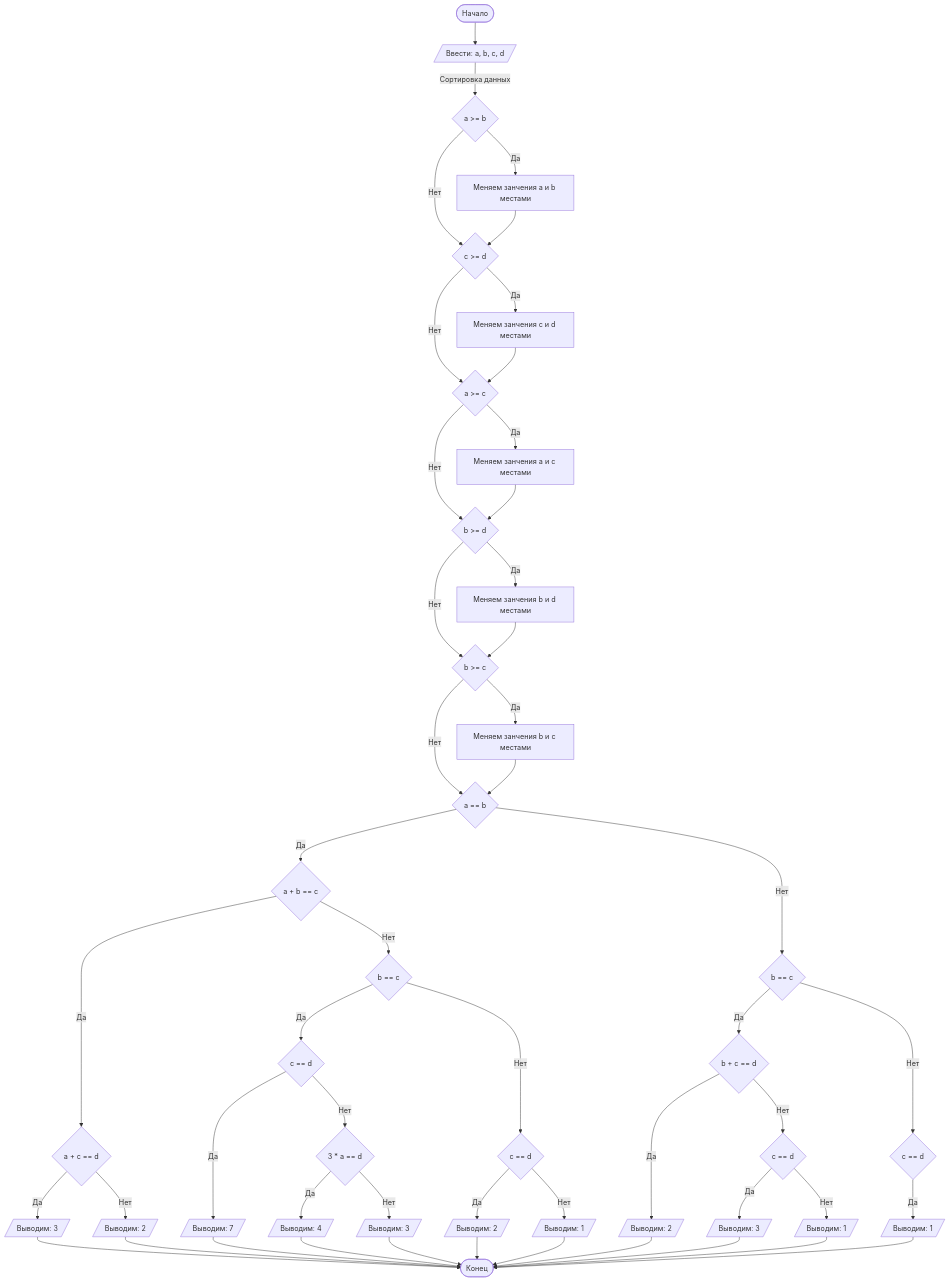
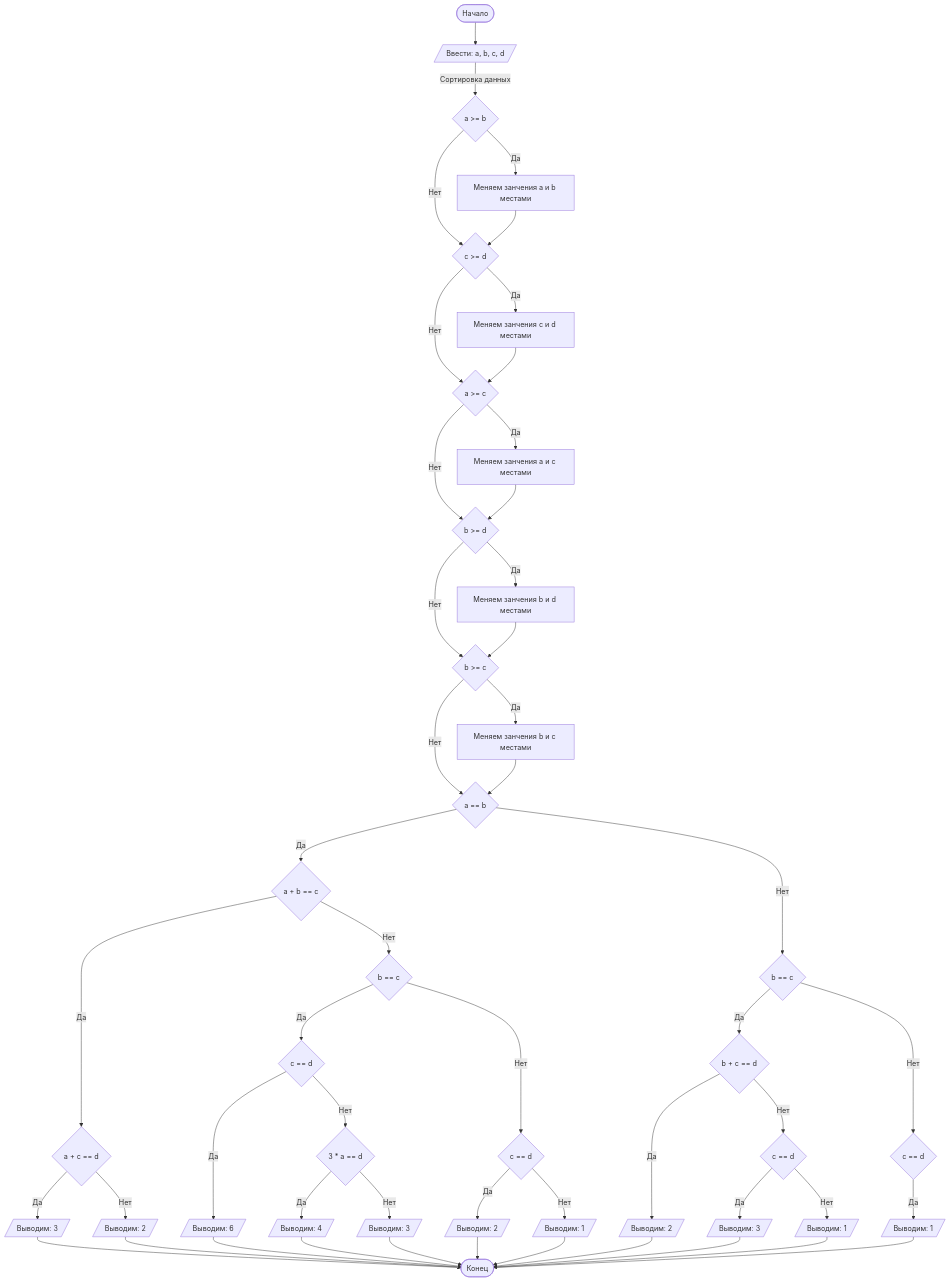
The diagram in README.md (Denchik1206/Lad1), drawn with Mermaid before and after one commit. The commit also changed other lines of this file and 1 other file, not shown here.

````diff
--- a/README.md
+++ b/README.md
@@ -104,52 +107,52 @@
 ```mermaid
 graph TD
     A([Начало]) --> B[/Ввести: a, b, c, d/]
     B -- Сортировка данных --> C{a >= b}
     C -- Нет --> D
     C -- Да --> E[Меняем занчения a и b местами]
     E --> D{c >= d}
     D -- Нет --> F
     D -- Да --> G[Меняем занчения c и d местами]
     G --> F{a >= c}
     F -- Нет --> H
     F -- Да --> I[Меняем занчения a и c местами]
     I --> H{b >= d}
     H -- Нет --> J
     H -- Да --> K[Меняем занчения b и d местами]
     K --> J{b >= c}
     J -- Нет --> L
     J -- Да --> M[Меняем занчения b и c местами]
     M --> L{a == b}
     L -- Да --> N{a + b == c}
     N -- Да --> O{a + c == d}
     O -- Да --> P[/Выводим: 3/]
     O -- Нет --> Q[/Выводим: 2/]
     N -- Нет --> R{b == c}
     R -- Да --> S1{c == d}
-    S1 -- Да --> S2[/Выводим: 7/]
+    S1 -- Да --> S2[/Выводим: 6/]
     S1 -- Нет --> S{3 * a == d}
     S -- Да --> T[/Выводим: 4/]
     S -- Нет --> U[/Выводим: 3/]
     R -- Нет --> V{c == d}
     V -- Да --> W[/Выводим: 2/]
     V -- Нет --> X[/Выводим: 1/]
     L -- Нет --> Y{b == c}
     Y -- Да --> Z{b + c == d}
     Z -- Да --> a[/Выводим: 2/]
     Z -- Нет --> b{c == d}
     b -- Да --> c[/Выводим: 3/]
     b -- Нет --> d[/Выводим: 1/]
     Y -- Нет --> e{c == d}
     e -- Да --> f[/Выводим: 1/]
     P --> j
     Q --> j
     S2 --> j
     T --> j
     U --> j
     W --> j
     X --> j
     a --> j
     c --> j
     d --> j
     f --> j([Конец])
 ```
````
